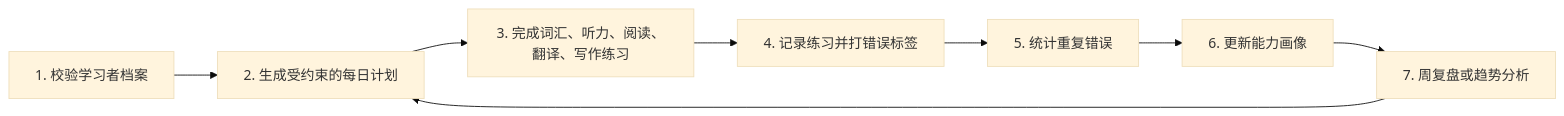
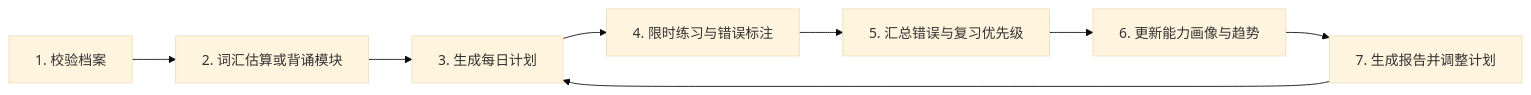
One commit to SFEW888/ExamLex changed the second of 2 diagrams in zh-CN/docs/architecture.md. Above: the diagram before and after it, drawn with Mermaid (base theme). The commit also changed other lines of this file and 211 other files, not shown here.

````diff
--- a/zh-CN/docs/architecture.md
+++ b/zh-CN/docs/architecture.md
@@ -24,10 +22,10 @@
 ```mermaid
 flowchart LR
-    Intake["1. 校验学习者档案"] --> Plan["2. 生成受约束的每日计划"]
-    Plan --> Practice["3. 完成词汇、听力、阅读、翻译、写作练习"]
-    Practice --> Record["4. 记录练习并打错误标签"]
-    Record --> Summary["5. 统计重复错误"]
-    Summary --> Ability["6. 更新能力画像"]
-    Ability --> Review["7. 周复盘或趋势分析"]
+    Intake["1. 校验档案"] --> Vocab["2. 词汇估算或背诵模块"]
+    Vocab --> Plan["3. 生成每日计划"]
+    Plan --> Practice["4. 限时练习与错误标注"]
+    Practice --> Summary["5. 汇总错误与复习优先级"]
+    Summary --> Ability["6. 更新能力画像与趋势"]
+    Ability --> Review["7. 生成报告并调整计划"]
     Review --> Plan
 ```
````
